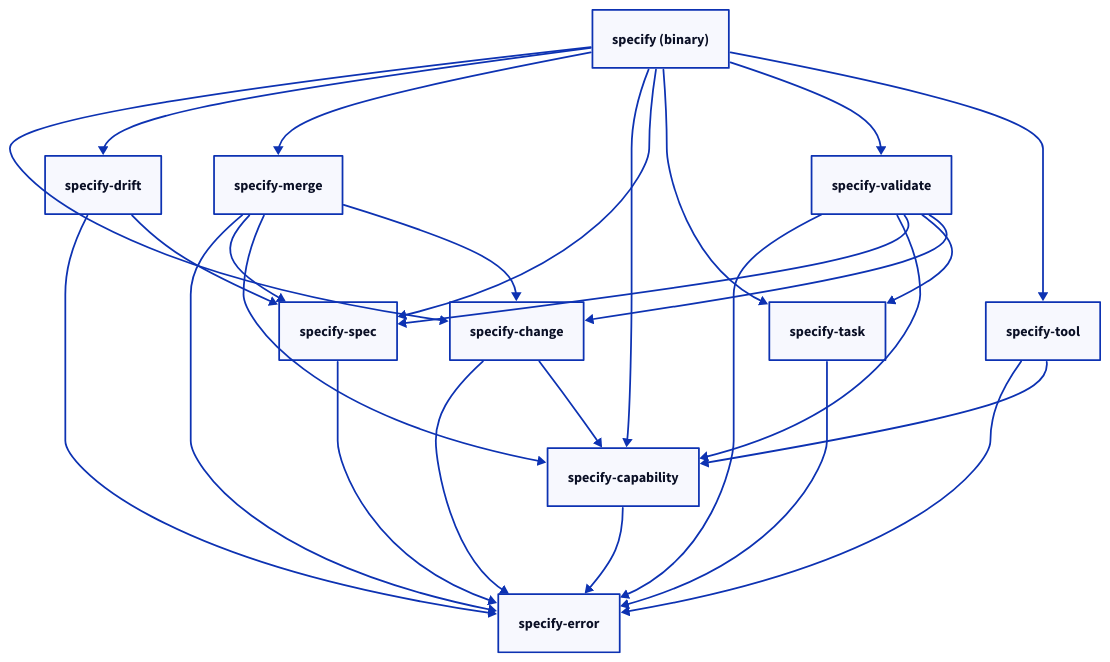
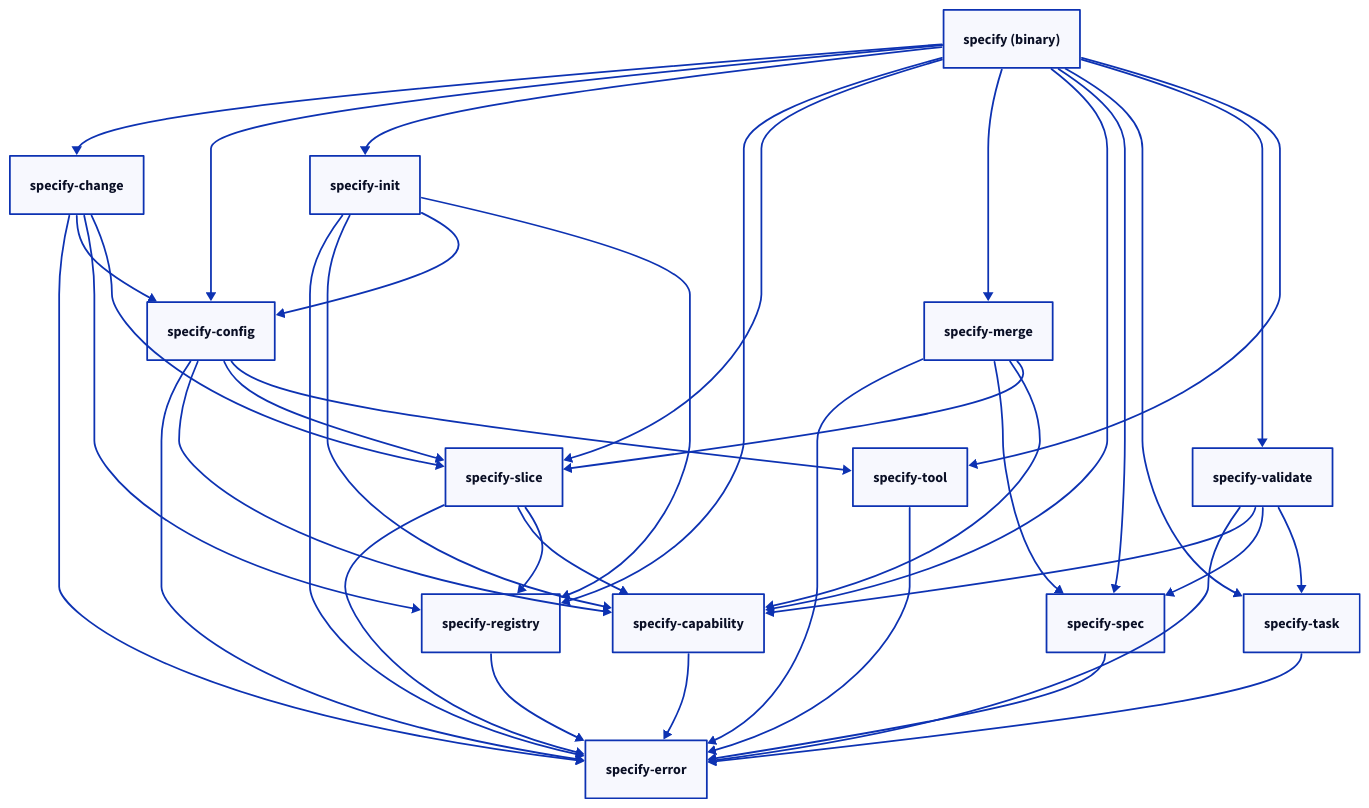
The diagram in docs/contributing/cli-architecture.md (augentic/anvil), drawn with D2 before and after one commit. The commit also changed other lines of this file and 230 other files, not shown here.

````diff
--- a/docs/contributing/cli-architecture.md
+++ b/docs/contributing/cli-architecture.md
@@ -24,44 +26,60 @@
 ```d2
 direction: down
 
 specify: "specify (binary)" {
   shape: rectangle
 }
 change: specify-change
-drift: specify-drift
+config: specify-config
+init: specify-init
+registry: specify-registry
+slice: specify-slice
 error: specify-error
 merge: specify-merge
 capability: specify-capability
 spec: specify-spec
 task: specify-task
 validate: specify-validate
 tool: specify-tool
 
 specify -> change
-specify -> drift
+specify -> config
+specify -> init
+specify -> registry
+specify -> slice
 specify -> merge
 specify -> capability
 specify -> spec
 specify -> task
 specify -> validate
 specify -> tool
 
 change -> error
-change -> capability
-drift -> error
-drift -> spec
+change -> config
+change -> registry
+change -> slice
+config -> error
+config -> capability
+config -> slice
+config -> tool
+init -> error
+init -> capability
+init -> config
+init -> registry
+registry -> error
+slice -> error
+slice -> capability
+slice -> registry
 merge -> error
 merge -> spec
 merge -> capability
-merge -> change
+merge -> slice
 validate -> error
 validate -> capability
 validate -> spec
 validate -> task
-validate -> change
 tool -> error
-tool -> capability
 spec -> error
 task -> error
 capability -> error
 ```
````
